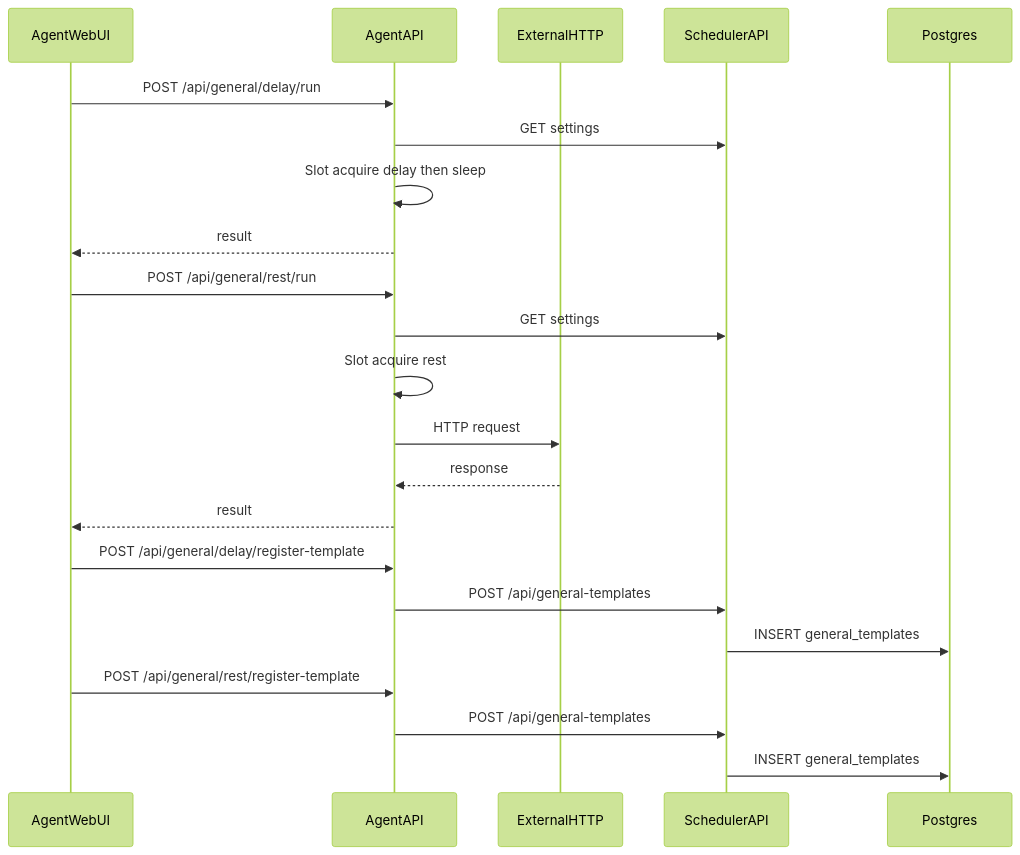
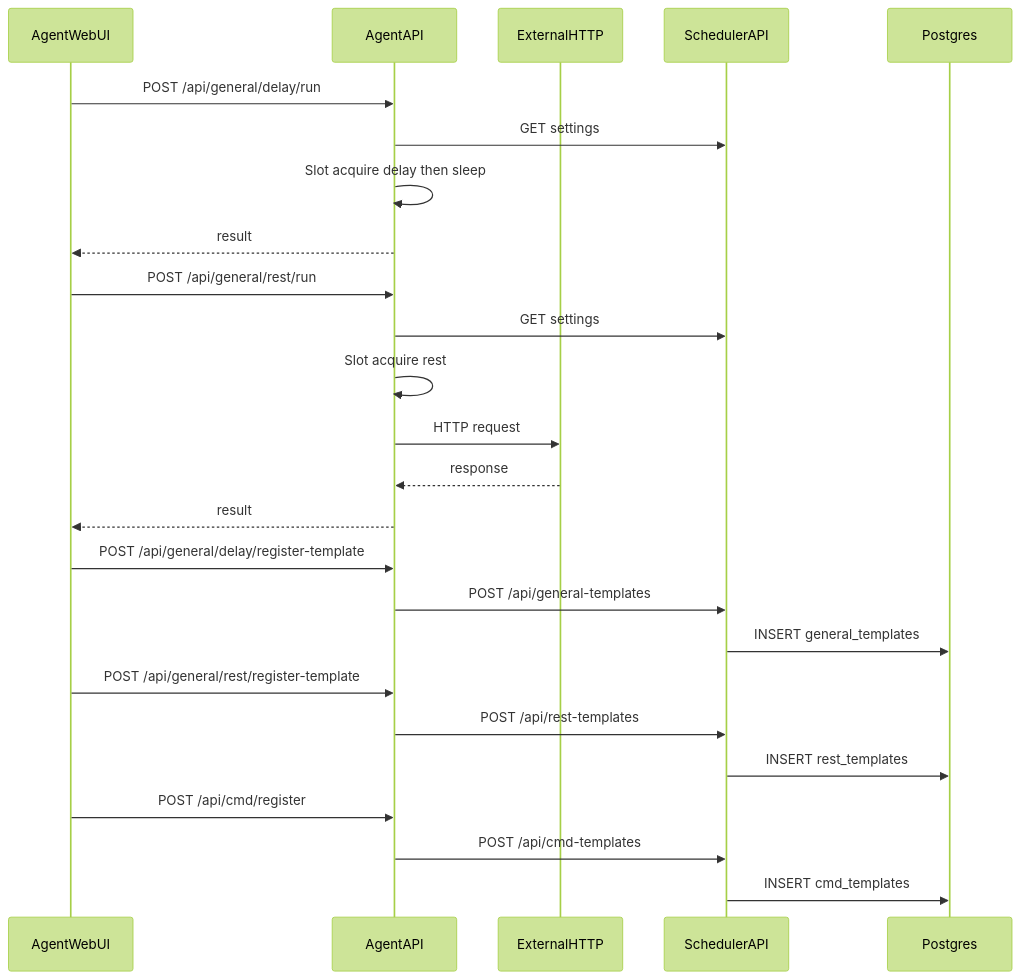
One commit to zhongbinyang/Atlas changed the fifth of 8 diagrams in docs/api.md. Above: the diagram before and after it, drawn with Mermaid (forest theme). The commit also changed other lines of this file and 2 other files, not shown here.

Commit message:
fix(center): reject unknown general kinds and document rest/cmd queues

````diff
--- a/docs/api.md
+++ b/docs/api.md
@@ -187,28 +189,32 @@
 ```mermaid
 sequenceDiagram
   participant AW as AgentWebUI
   participant AA as AgentAPI
   participant Ext as ExternalHTTP
   participant SA as SchedulerAPI
   participant DB as Postgres
 
   AW->>AA: POST /api/general/delay/run
   AA->>SA: GET settings
   AA->>AA: Slot acquire delay then sleep
   AA-->>AW: result
 
   AW->>AA: POST /api/general/rest/run
   AA->>SA: GET settings
   AA->>AA: Slot acquire rest
   AA->>Ext: HTTP request
   Ext-->>AA: response
   AA-->>AW: result
 
   AW->>AA: POST /api/general/delay/register-template
   AA->>SA: POST /api/general-templates
   SA->>DB: INSERT general_templates
 
   AW->>AA: POST /api/general/rest/register-template
-  AA->>SA: POST /api/general-templates
-  SA->>DB: INSERT general_templates
+  AA->>SA: POST /api/rest-templates
+  SA->>DB: INSERT rest_templates
+
+  AW->>AA: POST /api/cmd/register
+  AA->>SA: POST /api/cmd-templates
+  SA->>DB: INSERT cmd_templates
 ```
````
